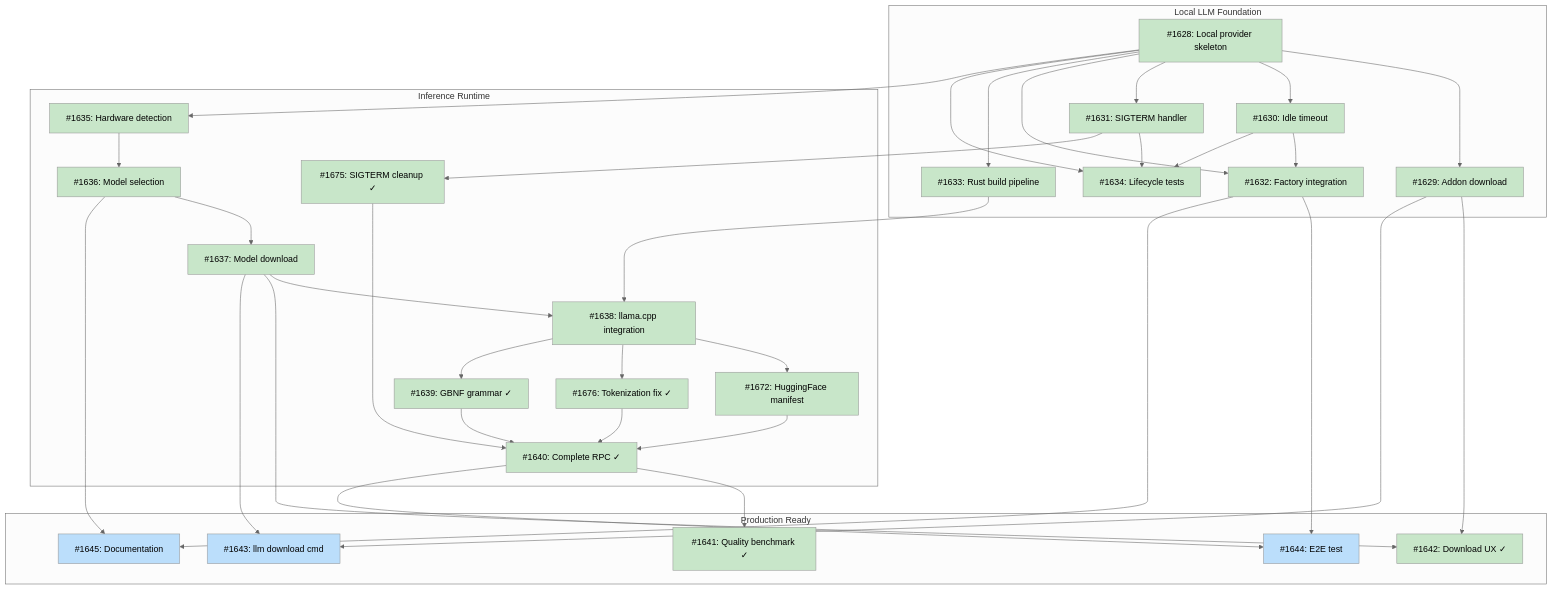
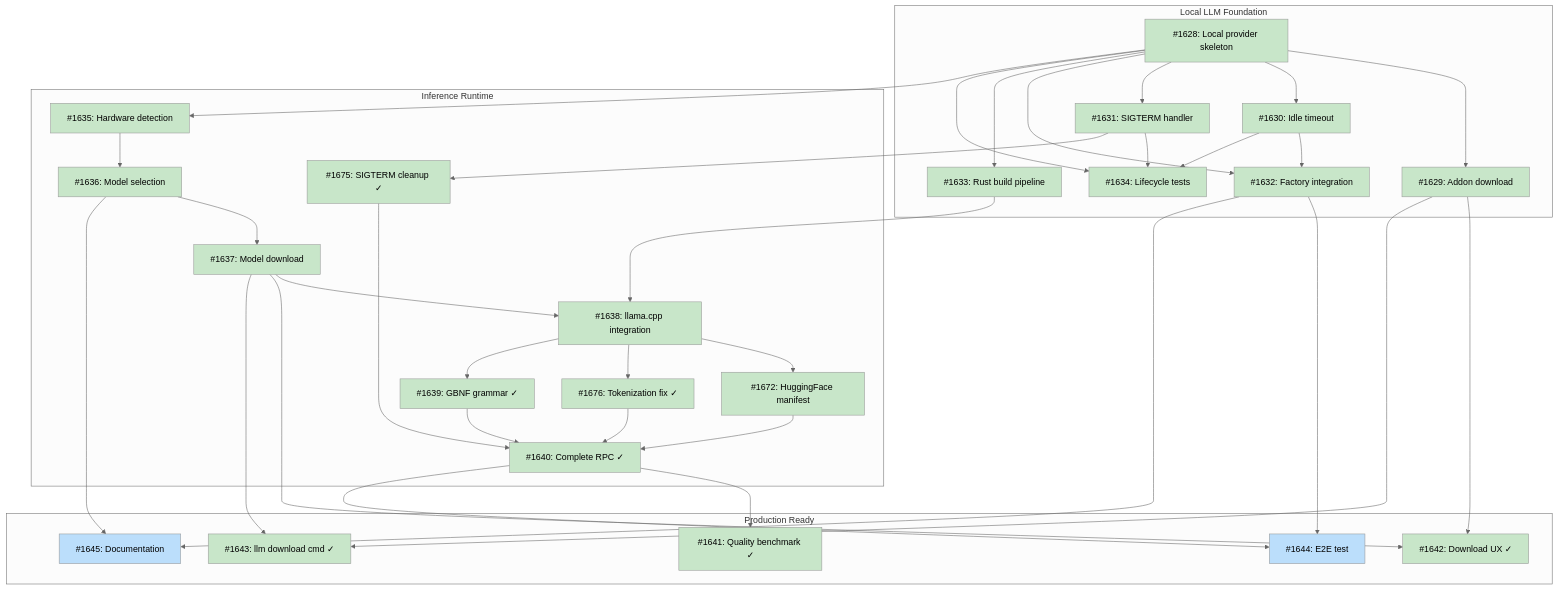
Before and after one commit to tsukumogami/tsuku: the diagram in docs/designs/DESIGN-local-llm-runtime.md, drawn with Mermaid (neutral theme). The commit also changed other lines of this file, not shown here.

Commit message:
docs(design): mark #1643 as done in local-llm-runtime design

````diff
--- a/docs/designs/DESIGN-local-llm-runtime.md
+++ b/docs/designs/DESIGN-local-llm-runtime.md
@@ -80,72 +80,72 @@
 ```mermaid
 graph TD
     subgraph M1["Local LLM Foundation"]
         I1628["#1628: Local provider skeleton"]
         I1629["#1629: Addon download"]
         I1630["#1630: Idle timeout"]
         I1631["#1631: SIGTERM handler"]
         I1632["#1632: Factory integration"]
         I1633["#1633: Rust build pipeline"]
         I1634["#1634: Lifecycle tests"]
     end
 
     subgraph M2["Inference Runtime"]
         I1635["#1635: Hardware detection"]
         I1636["#1636: Model selection"]
         I1637["#1637: Model download"]
         I1638["#1638: llama.cpp integration"]
         I1672["#1672: HuggingFace manifest"]
         I1675["#1675: SIGTERM cleanup ✓"]
         I1676["#1676: Tokenization fix ✓"]
         I1639["#1639: GBNF grammar ✓"]
         I1640["#1640: Complete RPC ✓"]
     end
 
     subgraph M3["Production Ready"]
         I1641["#1641: Quality benchmark ✓"]
         I1642["#1642: Download UX ✓"]
-        I1643["#1643: llm download cmd"]
+        I1643["#1643: llm download cmd ✓"]
         I1644["#1644: E2E test"]
         I1645["#1645: Documentation"]
     end
 
     I1628 --> I1629
     I1628 --> I1630
     I1628 --> I1631
     I1628 --> I1632
     I1630 --> I1632
     I1628 --> I1633
     I1628 --> I1634
     I1630 --> I1634
     I1631 --> I1634
     I1628 --> I1635
     I1635 --> I1636
     I1636 --> I1637
     I1633 --> I1638
     I1637 --> I1638
     I1638 --> I1672
     I1631 --> I1675
     I1638 --> I1676
     I1638 --> I1639
     I1672 --> I1640
     I1675 --> I1640
     I1676 --> I1640
     I1639 --> I1640
     I1640 --> I1641
     I1629 --> I1642
     I1637 --> I1642
     I1629 --> I1643
     I1637 --> I1643
     I1640 --> I1644
     I1632 --> I1644
     I1632 --> I1645
     I1636 --> I1645
 
     classDef done fill:#c8e6c9
     classDef ready fill:#bbdefb
     classDef blocked fill:#fff9c4
     classDef needsDesign fill:#e1bee7
 
-    class I1628,I1629,I1630,I1631,I1632,I1633,I1634,I1635,I1636,I1637,I1638,I1672,I1675,I1676,I1639,I1640,I1641,I1642 done
-    class I1643,I1644,I1645 ready
+    class I1628,I1629,I1630,I1631,I1632,I1633,I1634,I1635,I1636,I1637,I1638,I1672,I1675,I1676,I1639,I1640,I1641,I1642,I1643 done
+    class I1644,I1645 ready
 ```
````
